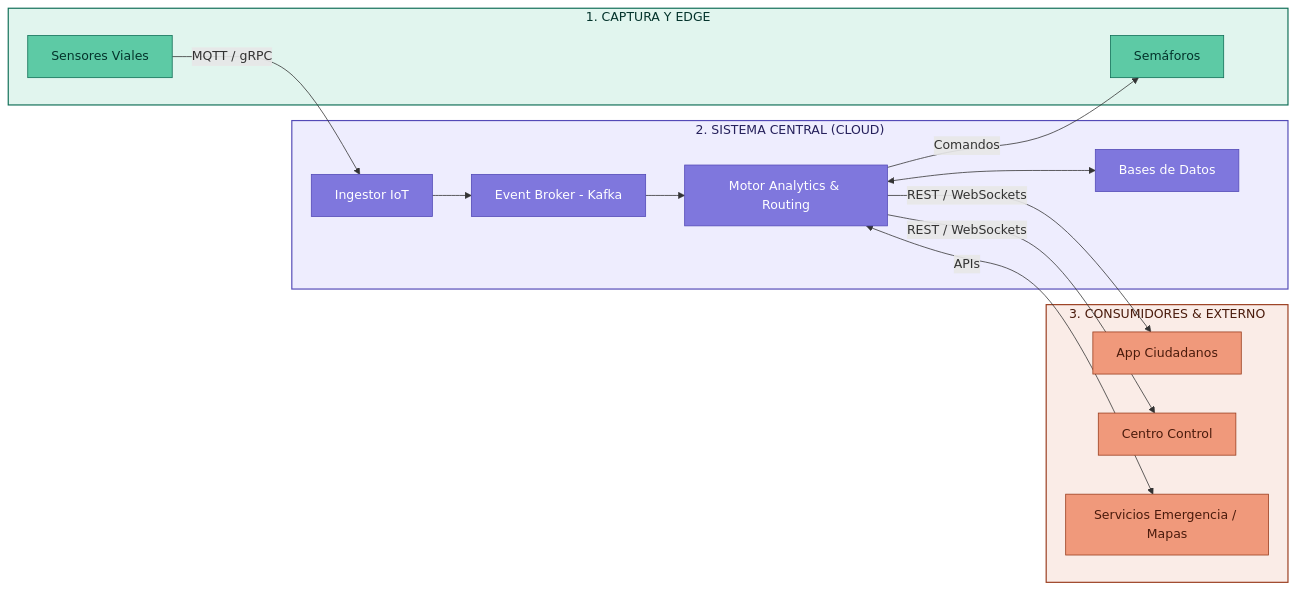
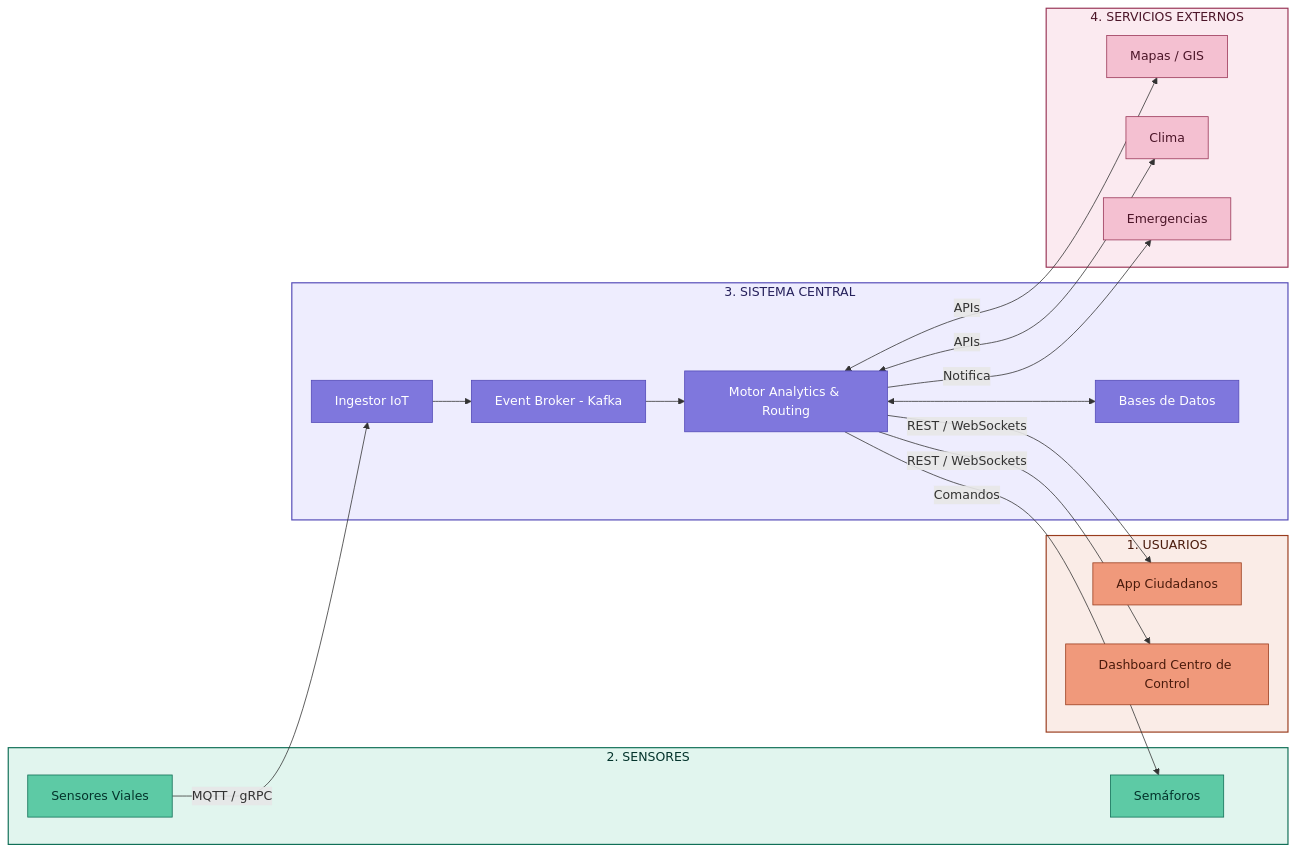
One commit to JhonathanMusa/smart-mobility-system changed the second of 2 diagrams in README.md. Above: the diagram before and after it, drawn with Mermaid. The commit also changed other lines of this file and 6 other files, not shown here.

Commit message:
Update diagrams and png files

````diff
--- a/README.md
+++ b/README.md
@@ -103,47 +103,58 @@
 ```mermaid
 flowchart LR
-    subgraph Edge ["1. CAPTURA Y EDGE"]
-        E1[Sensores Viales]
-        E2[Semáforos]
+    subgraph Usuarios ["1. USUARIOS"]
+        U1[App Ciudadanos]
+        U2[Dashboard Centro de Control]
     end
 
-    subgraph Core ["2. SISTEMA CENTRAL (CLOUD)"]
+    subgraph Sensores ["2. SENSORES"]
+        S1[Sensores Viales]
+        S2[Semáforos]
+    end
+
+    subgraph Core ["3. SISTEMA CENTRAL"]
         C1[Ingestor IoT]
         C2[Event Broker - Kafka]
         C3[Motor Analytics & Routing]
         C4[Bases de Datos]
     end
 
-    subgraph External ["3. CONSUMIDORES & EXTERNO"]
-        X1[App Ciudadanos]
-        X2[Centro Control]
-        X3[Servicios Emergencia / Mapas]
+    subgraph Externos ["4. SERVICIOS EXTERNOS"]
+        X1[Mapas / GIS]
+        X2[Clima]
+        X3[Emergencias]
     end
 
-    E1 -->|MQTT / gRPC| C1
+    S1 -->|MQTT / gRPC| C1
     C1 --> C2
     C2 --> C3
     C3 <--> C4
-    C3 -->|REST / WebSockets| X1
-    C3 -->|REST / WebSockets| X2
-    C3 <-->|APIs| X3
-    C3 -->|Comandos| E2
+    C3 -->|REST / WebSockets| U1
+    C3 -->|REST / WebSockets| U2
+    C3 <-->|APIs| X1
+    C3 <-->|APIs| X2
+    C3 -->|Notifica| X3
+    C3 -->|Comandos| S2
 
-    style Edge fill:#E1F5EE,stroke:#0F6E56,stroke-width:1.5px,color:#04342C
+    style Usuarios fill:#FAECE7,stroke:#993C1D,stroke-width:1.5px,color:#4A1B0C
+    style Sensores fill:#E1F5EE,stroke:#0F6E56,stroke-width:1.5px,color:#04342C
     style Core fill:#EEEDFE,stroke:#534AB7,stroke-width:1.5px,color:#26215C
-    style External fill:#FAECE7,stroke:#993C1D,stroke-width:1.5px,color:#4A1B0C
+    style Externos fill:#FBEAF0,stroke:#993556,stroke-width:1.5px,color:#4B1528
 
-    classDef edge fill:#5DCAA5,stroke:#0F6E56,color:#04342C;
+    classDef usr fill:#F0997B,stroke:#993C1D,color:#4A1B0C;
+    classDef sen fill:#5DCAA5,stroke:#0F6E56,color:#04342C;
     classDef core fill:#7F77DD,stroke:#534AB7,color:#FFFFFF;
-    classDef ext fill:#F0997B,stroke:#993C1D,color:#4A1B0C;
+    classDef ext fill:#F4C0D1,stroke:#993556,color:#4B1528;
 
-    class E1 edge
-    class E2 edge
+    class U1 usr
+    class U2 usr
+    class S1 sen
+    class S2 sen
     class C1 core
     class C2 core
     class C3 core
     class C4 core
     class X1 ext
     class X2 ext
     class X3 ext
 ```
````
